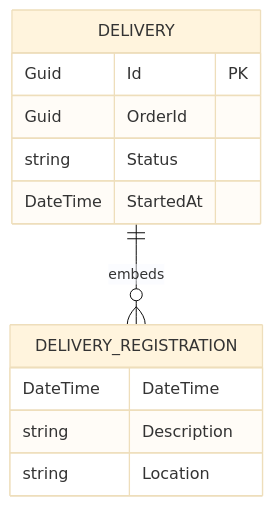
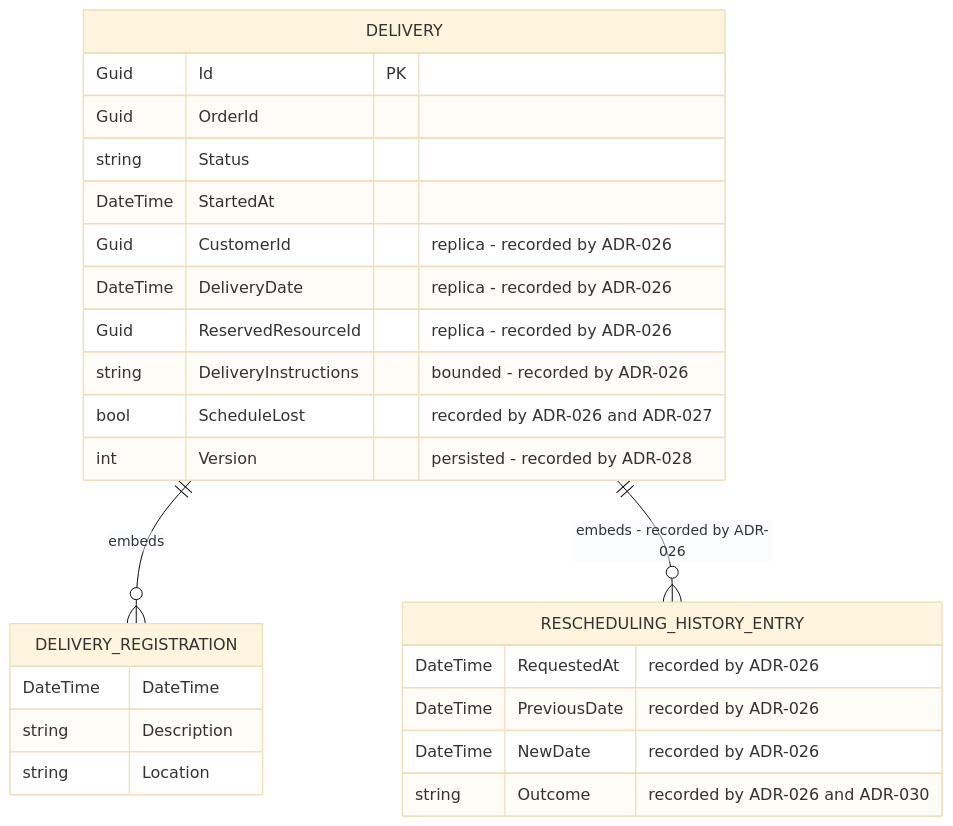
One commit to hianshul100/Pacco.Context changed diagram 24 of 26 in docs/architecture-inventory/architecture-views.md. Above: the diagram before and after it, drawn with Mermaid (base theme). The commit also changed other lines of this file and 11 other files, not shown here.

First line of the commit message:
docs(architecture): record ADR-024 to ADR-030 and evolve the inventory for 14830

````diff
--- a/docs/architecture-inventory/architecture-views.md
+++ b/docs/architecture-inventory/architecture-views.md
@@ -1282,15 +1405,28 @@
 ```mermaid
 erDiagram
     DELIVERY ||--o{ DELIVERY_REGISTRATION : "embeds"
+    DELIVERY ||--o{ RESCHEDULING_HISTORY_ENTRY : "embeds - recorded by ADR-026"
     DELIVERY {
         Guid Id PK
         Guid OrderId
         string Status
         DateTime StartedAt
+        Guid CustomerId "replica - recorded by ADR-026"
+        DateTime DeliveryDate "replica - recorded by ADR-026"
+        Guid ReservedResourceId "replica - recorded by ADR-026"
+        string DeliveryInstructions "bounded - recorded by ADR-026"
+        bool ScheduleLost "recorded by ADR-026 and ADR-027"
+        int Version "persisted - recorded by ADR-028"
     }
     DELIVERY_REGISTRATION {
         DateTime DateTime
         string Description
         string Location
     }
+    RESCHEDULING_HISTORY_ENTRY {
+        DateTime RequestedAt "recorded by ADR-026"
+        DateTime PreviousDate "recorded by ADR-026"
+        DateTime NewDate "recorded by ADR-026"
+        string Outcome "recorded by ADR-026 and ADR-030"
+    }
 ```
````
